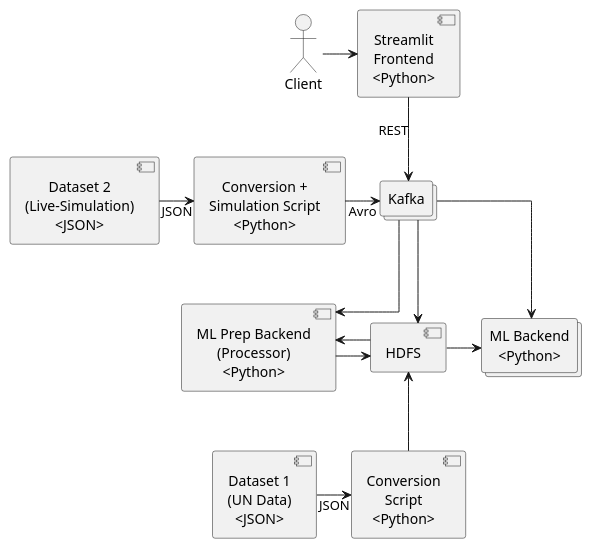
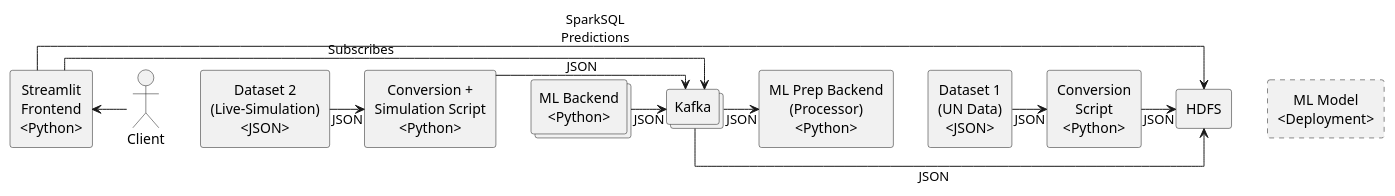
The diagram in deployment.puml (big-data-01-org/deployment), drawn with PlantUML before and after one commit. The commit also changed 1 other file, not shown here.

Commit message:
feat: added frontend deployment

```diff
--- a/deployment.puml
+++ b/deployment.puml
@@ -1,31 +1,48 @@
 @startuml
+hide stereotype
+<style>
+.dashed {
+    LineStyle 5
+    FontColor Black
+}
+</style>
 skinparam linetype ortho
 skinparam defaultTextAlignment center
-skinparam  true
+skinparam componentStyle rectangle
 actor Client as client
 component "Conversion +\nSimulation Script\n<Python>" as conversionSim
 component "Dataset 2\n(Live-Simulation)\n<JSON>" as dataset2
 collections "Kafka" as kafka
 component HDFS as hdfs
 collections "ML Backend\n<Python>" as ml
 component "ML Prep Backend\n(Processor)\n<Python>" as mlPrep
 component "Dataset 1\n(UN Data)\n<JSON>" as dataset1
 component "Conversion\nScript\n<Python>" as conversion
 component "Streamlit\nFrontend\n<Python>" as streamlit
+rectangle "ML Model\n<Deployment>" as model <<dashed>>
 
-client -right-> streamlit
-streamlit -down-> kafka: REST
-kafka -> ml
-kafka -> hdfs
-kafka -down-> mlPrep
-hdfs -> ml
-hdfs -left-> mlPrep
-mlPrep -> hdfs
+client -left-> streamlit
 dataset2 -> conversionSim: JSON
-conversionSim -right-> kafka: Avro
+streamlit -> hdfs: SparkSQL\nPredictions
+streamlit -> kafka: Subscribes
+conversionSim -> kafka: JSON
+kafka -> hdfs: JSON
+kafka -> mlPrep: JSON
+ml -> kafka: JSON
+
+dataset1 -> conversion: JSON
+conversion -> hdfs: JSON
+
+' kafka -down-> mlPrep: JSON
+' hdfs -> ml
+' hdfs -left-> mlPrep
+' mlPrep -> hdfs
+' streamlit -> hdfs: SparkSQL Predictions
+
+' hdfs .- model
+' model .> ml
 
 
-
-dataset1 -> conversion: JSON
-conversion -up-> hdfs
+' dataset1 -> conversion: JSON
+' conversion -up-> hdfs: JSON
 @enduml
```
